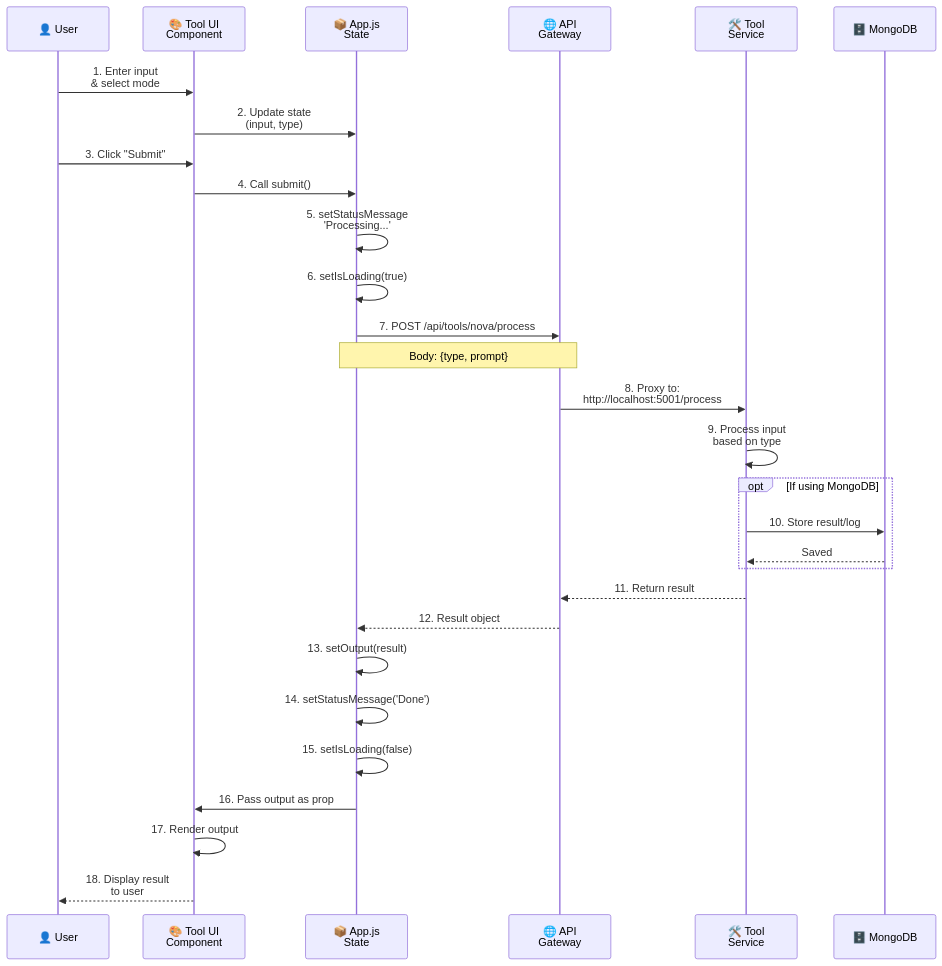
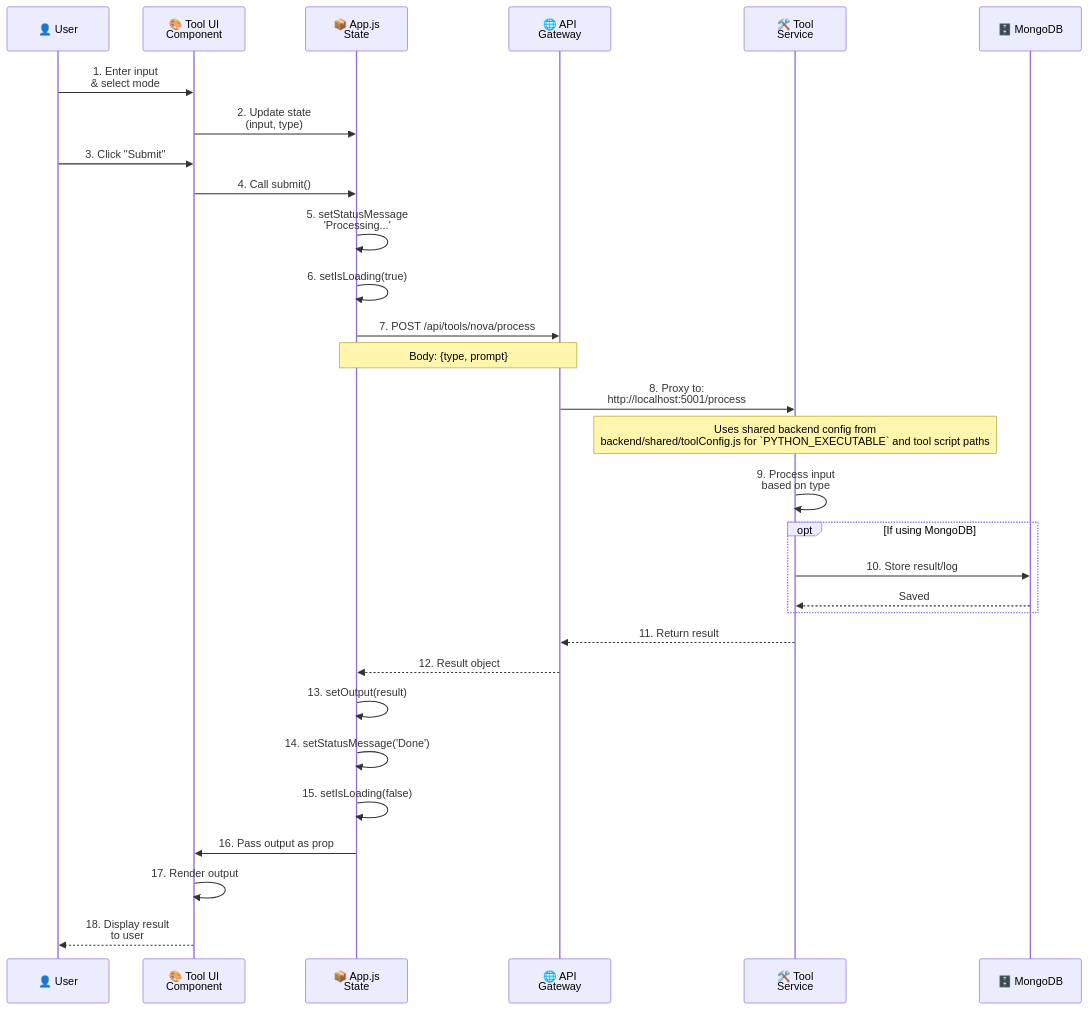
Before and after one commit to kapiljain257-design/AI_Tools: the third of 6 diagrams in docs/diagrams/sequence_diagram.md, drawn with Mermaid. The commit also changed 10 other files, not shown here.

````diff
--- a/docs/diagrams/sequence_diagram.md
+++ b/docs/diagrams/sequence_diagram.md
@@ -62,39 +62,40 @@
 ```mermaid
 sequenceDiagram
     participant User as 👤 User
     participant UI as 🎨 Tool UI<br/>Component
     participant State as 📦 App.js<br/>State
     participant Gateway as 🌐 API<br/>Gateway
     participant Tool as 🛠️ Tool<br/>Service
     participant DB as 🗄️ MongoDB
     
     User->>UI: 1. Enter input<br/>& select mode
     UI->>State: 2. Update state<br/>(input, type)
     User->>UI: 3. Click "Submit"
     
     UI->>State: 4. Call submit()
     State->>State: 5. setStatusMessage<br/>'Processing...'
     State->>State: 6. setIsLoading(true)
     
     State->>Gateway: 7. POST /api/tools/nova/process
     Note over State,Gateway: Body: {type, prompt}
     
     Gateway->>Tool: 8. Proxy to:<br/>http://localhost:5001/process
-    
+
+    Note over Tool: Uses shared backend config from<br/>backend/shared/toolConfig.js for `PYTHON_EXECUTABLE` and tool script paths
     Tool->>Tool: 9. Process input<br/>based on type
     opt If using MongoDB
         Tool->>DB: 10. Store result/log
         DB-->>Tool: Saved
     end
     
     Tool-->>Gateway: 11. Return result
     Gateway-->>State: 12. Result object
     
     State->>State: 13. setOutput(result)
     State->>State: 14. setStatusMessage('Done')
     State->>State: 15. setIsLoading(false)
     
     State->>UI: 16. Pass output as prop
     UI->>UI: 17. Render output
     UI-->>User: 18. Display result<br/>to user
 ```
````
